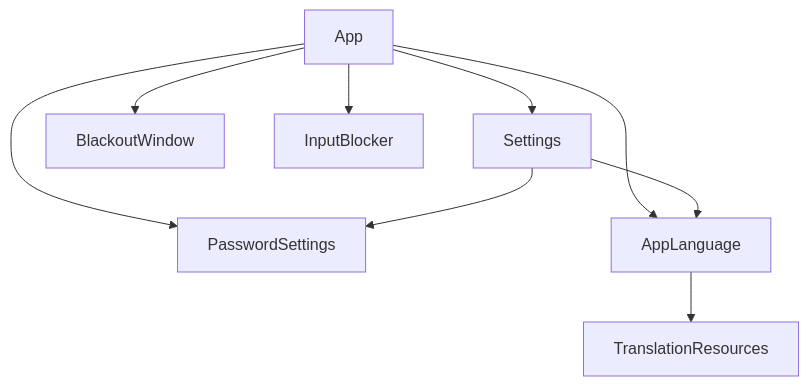
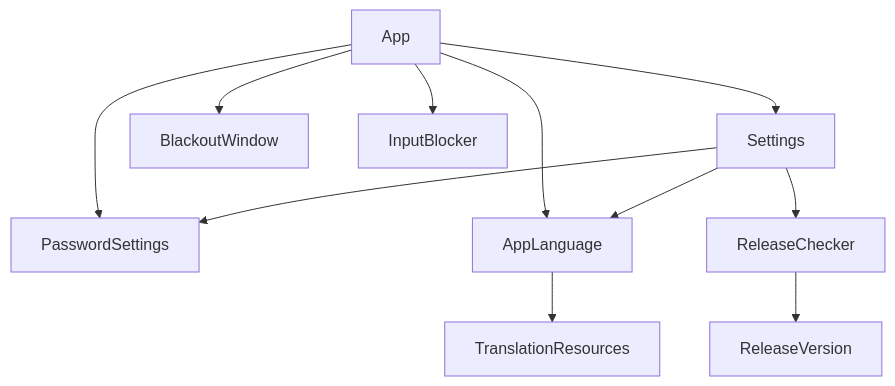
The diagram in docs/architecture.md (baba9811/blackout-mac), drawn with Mermaid before and after one commit. The commit also changed other lines of this file and 57 other files, not shown here.

````diff
--- a/docs/architecture.md
+++ b/docs/architecture.md
@@ -25,11 +29,13 @@
 ```mermaid
 flowchart TD
     App --> Settings
     App --> BlackoutWindow
     App --> InputBlocker
     App --> PasswordSettings
     App --> AppLanguage
     Settings --> PasswordSettings
     Settings --> AppLanguage
+    Settings --> ReleaseChecker
+    ReleaseChecker --> ReleaseVersion
     AppLanguage --> TranslationResources
 ```
````
